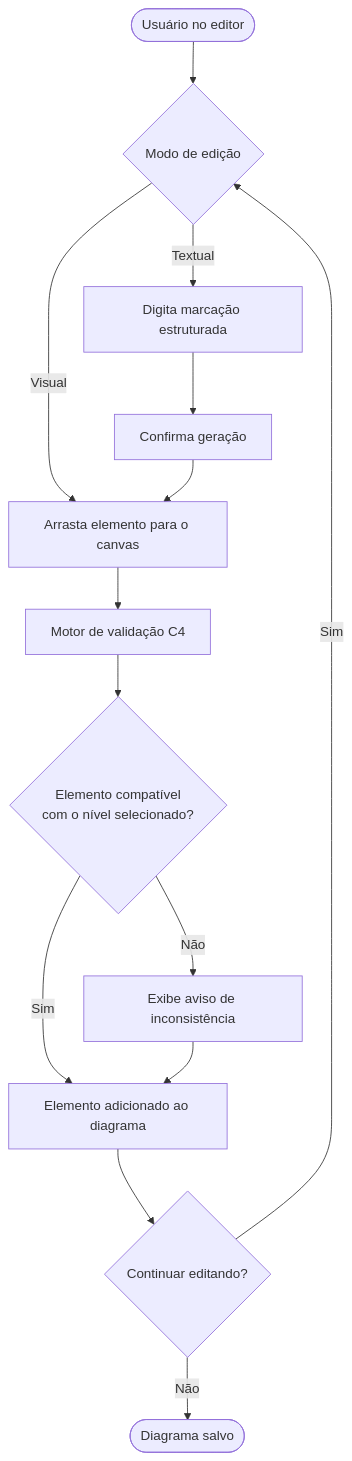
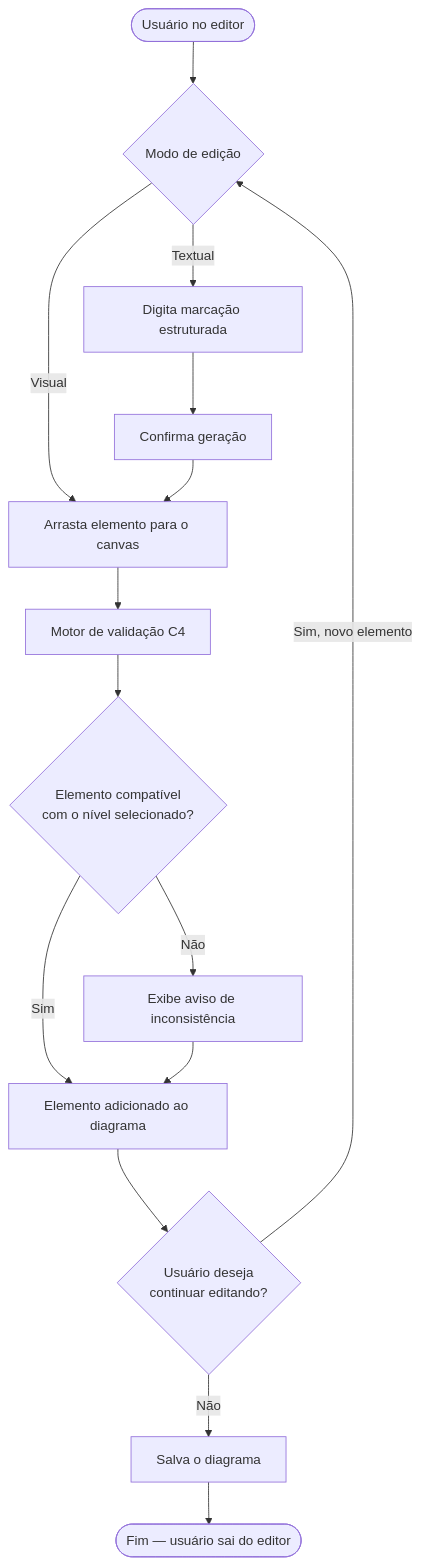
Before and after one commit to JGTamanini/C4Diagrams: the third of 10 diagrams in RFC/capitulo-3/3.1-fluxos-e-comportamento.md, drawn with Mermaid. The commit also changed other lines of this file and 4 other files, not shown here.

````diff
--- a/RFC/capitulo-3/3.1-fluxos-e-comportamento.md
+++ b/RFC/capitulo-3/3.1-fluxos-e-comportamento.md
@@ -61,19 +64,20 @@
 ```mermaid
 flowchart TD
     A([Usuário no editor]) --> B{Modo de edição}
- 
+
     B -->|Visual| C[Arrasta elemento para o canvas]
     B -->|Textual| D[Digita marcação estruturada]
     D --> E[Confirma geração]
     E --> C
- 
+
     C --> F[Motor de validação C4]
     F --> G{Elemento compatível\ncom o nível selecionado?}
     G -->|Sim| H[Elemento adicionado ao diagrama]
     G -->|Não| I[Exibe aviso de inconsistência]
     I --> H
- 
-    H --> J{Continuar editando?}
-    J -->|Sim| B
-    J -->|Não| K([Diagrama salvo])
+
+    H --> J{Usuário deseja\ncontinuar editando?}
+    J -->|Sim, novo elemento| B
+    J -->|Não| K[Salva o diagrama]
+    K --> L([Fim — usuário sai do editor])
 ```
````
